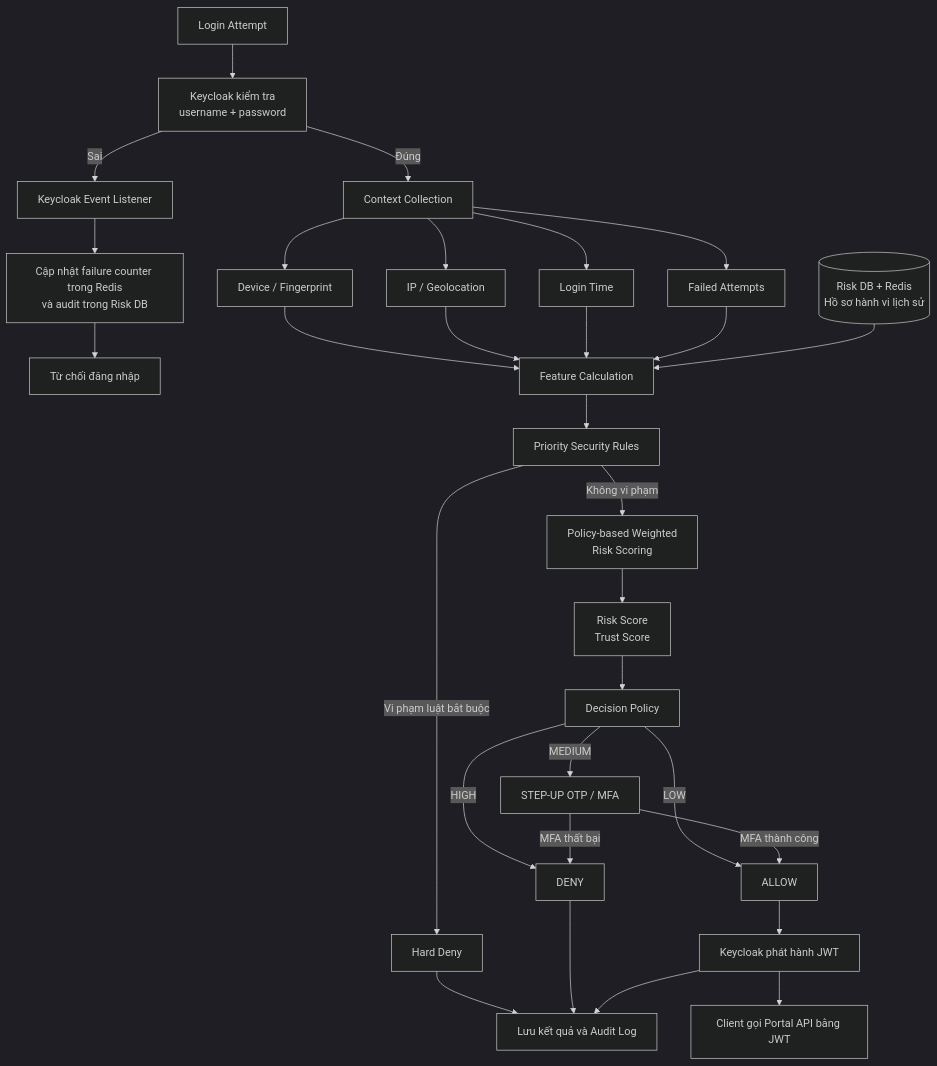
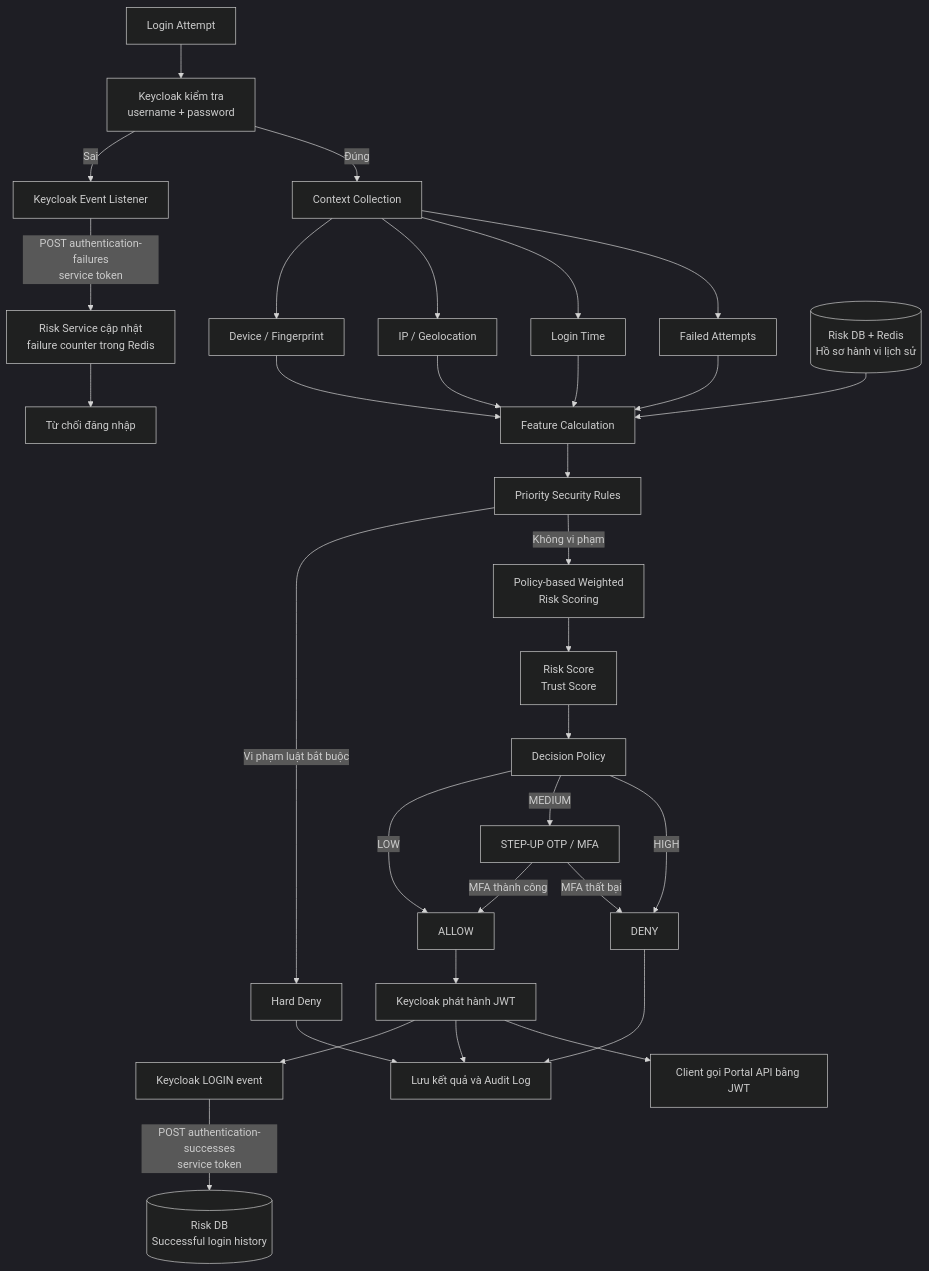
Before and after one commit to NguyenTruong-An/zerotrust: the second of 2 diagrams in ARCHITECTURE.md, drawn with Mermaid (dark theme). The commit also changed other lines of this file and 91 other files, not shown here.

````diff
--- a/ARCHITECTURE.md
+++ b/ARCHITECTURE.md
@@ -51,43 +54,45 @@
 ```mermaid
 flowchart TB
     LOGIN["Login Attempt"] --> PRIMARY["Keycloak kiểm tra<br/>username + password"]
 
     PRIMARY -->|"Sai"| EVENT["Keycloak Event Listener"]
-    EVENT --> COUNTER["Cập nhật failure counter trong Redis<br/>và audit trong Risk DB"]
+    EVENT -->|"POST authentication-failures<br/>service token"| COUNTER["Risk Service cập nhật<br/>failure counter trong Redis"]
     COUNTER --> REJECT["Từ chối đăng nhập"]
 
     PRIMARY -->|"Đúng"| CONTEXT["Context Collection"]
 
     CONTEXT --> DEVICE["Device / Fingerprint"]
     CONTEXT --> NETWORK["IP / Geolocation"]
     CONTEXT --> TIME["Login Time"]
     CONTEXT --> FAILURE["Failed Attempts"]
 
     DEVICE --> FEATURES["Feature Calculation"]
     NETWORK --> FEATURES
     TIME --> FEATURES
     FAILURE --> FEATURES
     HISTORY[("Risk DB + Redis<br/>Hồ sơ hành vi lịch sử")] --> FEATURES
 
     FEATURES --> RULES["Priority Security Rules"]
 
     RULES -->|"Vi phạm luật bắt buộc"| HARD["Hard Deny"]
     RULES -->|"Không vi phạm"| SCORE["Policy-based Weighted<br/>Risk Scoring"]
 
     SCORE --> RESULT["Risk Score<br/>Trust Score"]
     RESULT --> POLICY["Decision Policy"]
 
     POLICY -->|"LOW"| ALLOW["ALLOW"]
     POLICY -->|"MEDIUM"| MFA["STEP-UP OTP / MFA"]
     POLICY -->|"HIGH"| DENY["DENY"]
 
     MFA -->|"MFA thành công"| ALLOW
     MFA -->|"MFA thất bại"| DENY
 
     ALLOW --> TOKEN["Keycloak phát hành JWT"]
+    TOKEN --> SUCCESS_EVENT["Keycloak LOGIN event"]
+    SUCCESS_EVENT -->|"POST authentication-successes<br/>service token"| LOGIN_HISTORY[("Risk DB<br/>Successful login history")]
     HARD --> AUDIT["Lưu kết quả và Audit Log"]
     DENY --> AUDIT
     TOKEN --> AUDIT
 
     TOKEN --> API["Client gọi Portal API bằng JWT"]
 ```
````
